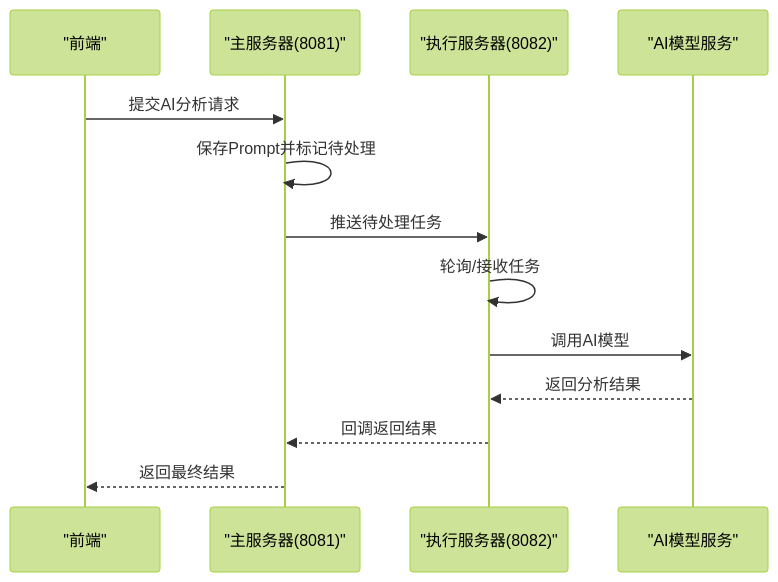
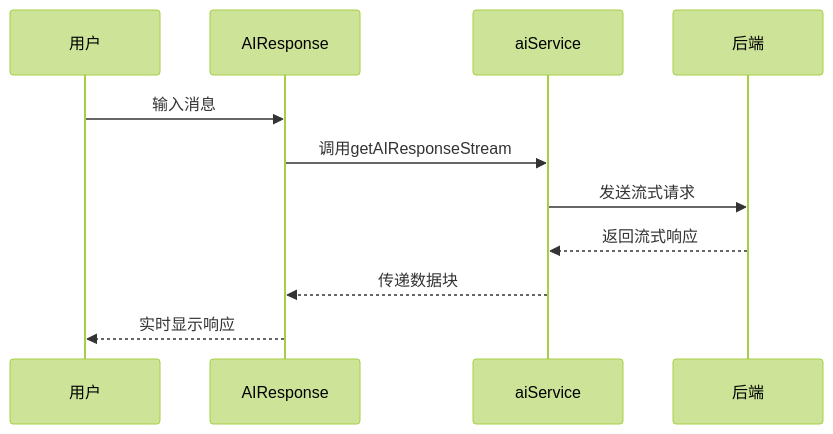
One commit to liuzh2008/med_ai_assistant_workspace changed the sixth of 7 diagrams in .qoder/repowiki/zh/content/项目概述.md. Above: the diagram before and after it, drawn with Mermaid (forest theme). The commit also changed other lines of this file and 93 other files, not shown here.

````diff
--- a/.qoder/repowiki/zh/content/项目概述.md
+++ b/.qoder/repowiki/zh/content/项目概述.md
@@ -287,15 +172,13 @@
 ```mermaid
 sequenceDiagram
-participant FE as "前端"
-participant MAIN as "主服务器(8081)"
-participant EXEC as "执行服务器(8082)"
-participant AI as "AI模型服务"
-FE->>MAIN : 提交AI分析请求
-MAIN->>MAIN : 保存Prompt并标记待处理
-MAIN->>EXEC : 推送待处理任务
-EXEC->>EXEC : 轮询/接收任务
-EXEC->>AI : 调用AI模型
-AI-->>EXEC : 返回分析结果
-EXEC-->>MAIN : 回调返回结果
-MAIN-->>FE : 返回最终结果
+participant 用户
+participant AIResponse
+participant aiService
+participant 后端
+用户->>AIResponse : 输入消息
+AIResponse->>aiService : 调用getAIResponseStream
+aiService->>后端 : 发送流式请求
+后端-->>aiService : 返回流式响应
+aiService-->>AIResponse : 传递数据块
+AIResponse-->>用户 : 实时显示响应
 ```
````
